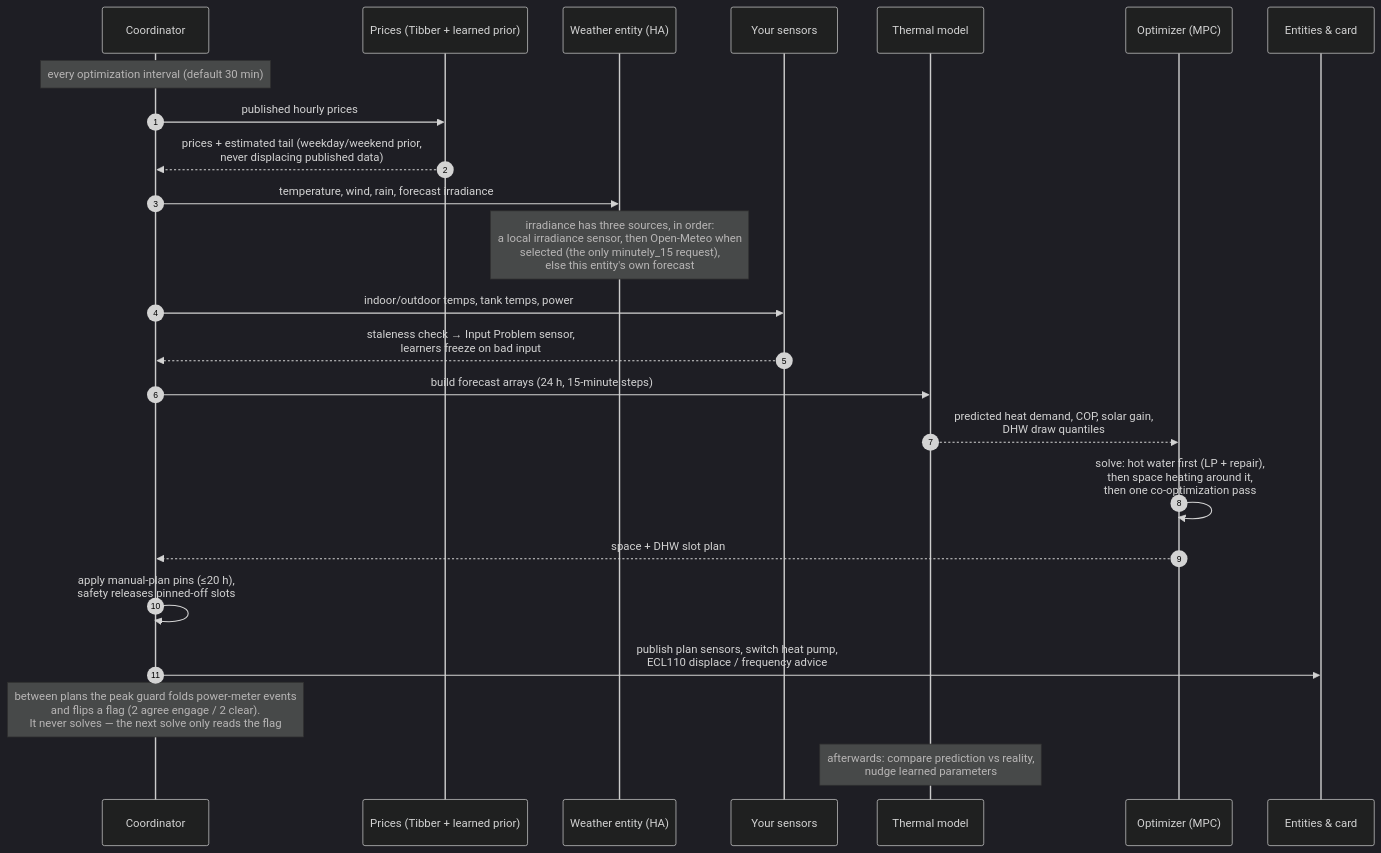
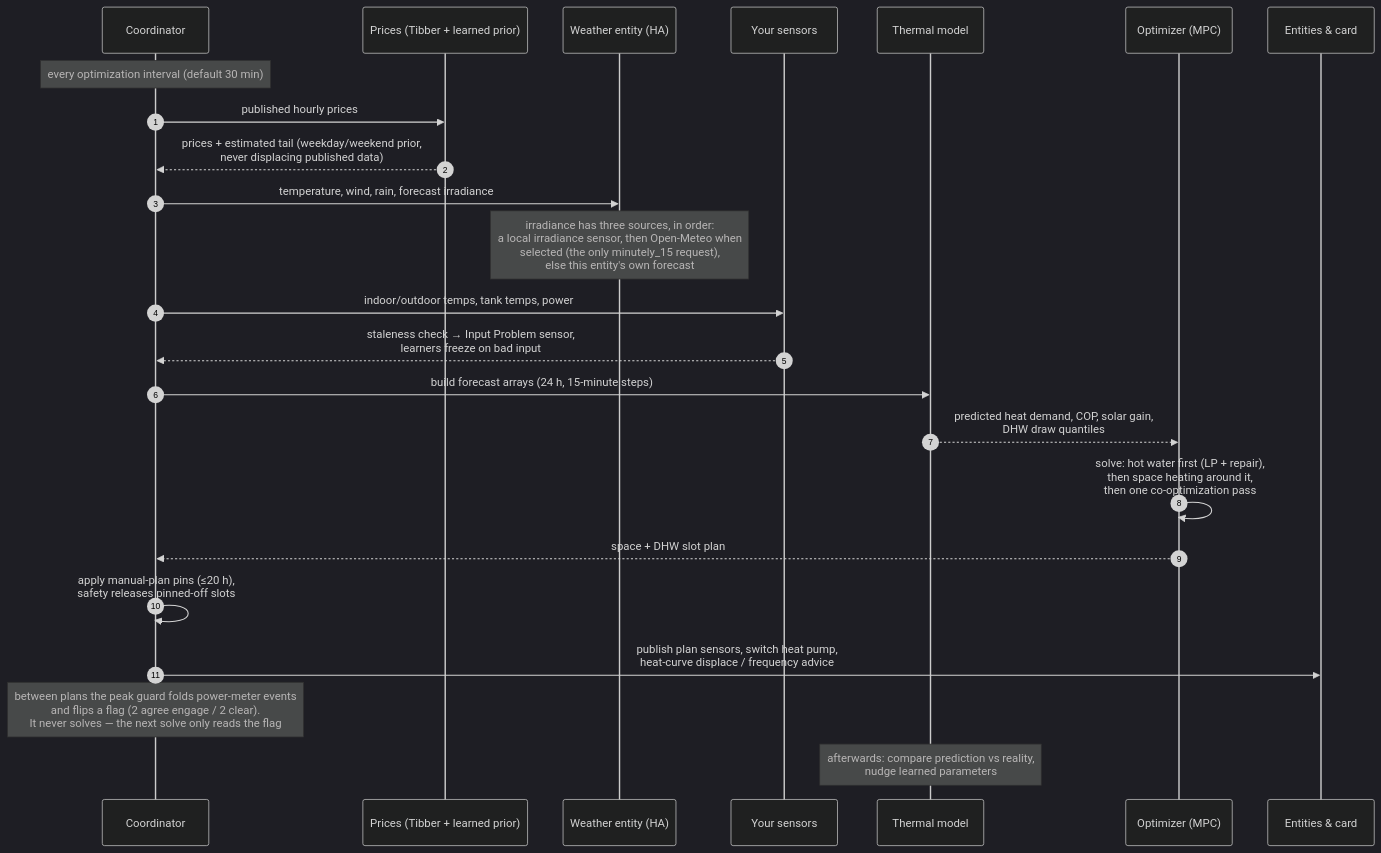
The first of 2 diagrams in docs/how-it-works.md (tvofi/heatpump_optimizer), drawn with Mermaid (dark theme) before and after one commit. The commit also changed other lines of this file and 25 other files, not shown here.

First line of the commit message:
Heat-curve control as the subject, the ECL110 one of three ways

````diff
--- a/docs/how-it-works.md
+++ b/docs/how-it-works.md
@@ -54,27 +54,27 @@
 ```mermaid
 sequenceDiagram
     autonumber
     participant C as Coordinator
     participant P as Prices (Tibber + learned prior)
     participant W as Weather entity (HA)
     participant S as Your sensors
     participant M as Thermal model
     participant O as Optimizer (MPC)
     participant E as Entities & card
 
     Note over C: every optimization interval (default 30 min)
     C->>P: published hourly prices
     P-->>C: prices + estimated tail (weekday/weekend prior,<br/>never displacing published data)
     C->>W: temperature, wind, rain, forecast irradiance
     Note over W: irradiance has three sources, in order:<br/>a local irradiance sensor, then Open-Meteo when<br/>selected (the only minutely_15 request),<br/>else this entity's own forecast
     C->>S: indoor/outdoor temps, tank temps, power
     S-->>C: staleness check → Input Problem sensor,<br/>learners freeze on bad input
     C->>M: build forecast arrays (24 h, 15-minute steps)
     M-->>O: predicted heat demand, COP, solar gain,<br/>DHW draw quantiles
     O->>O: solve: hot water first (LP + repair),<br/>then space heating around it,<br/>then one co-optimization pass
     O-->>C: space + DHW slot plan
     C->>C: apply manual-plan pins (≤20 h),<br/>safety releases pinned-off slots
-    C->>E: publish plan sensors, switch heat pump,<br/>ECL110 displace / frequency advice
+    C->>E: publish plan sensors, switch heat pump,<br/>heat-curve displace / frequency advice
     Note over C: between plans the peak guard folds power-meter events<br/>and flips a flag (2 agree engage / 2 clear).<br/>It never solves — the next solve only reads the flag
     Note over M: afterwards: compare prediction vs reality,<br/>nudge learned parameters
 ```
````
